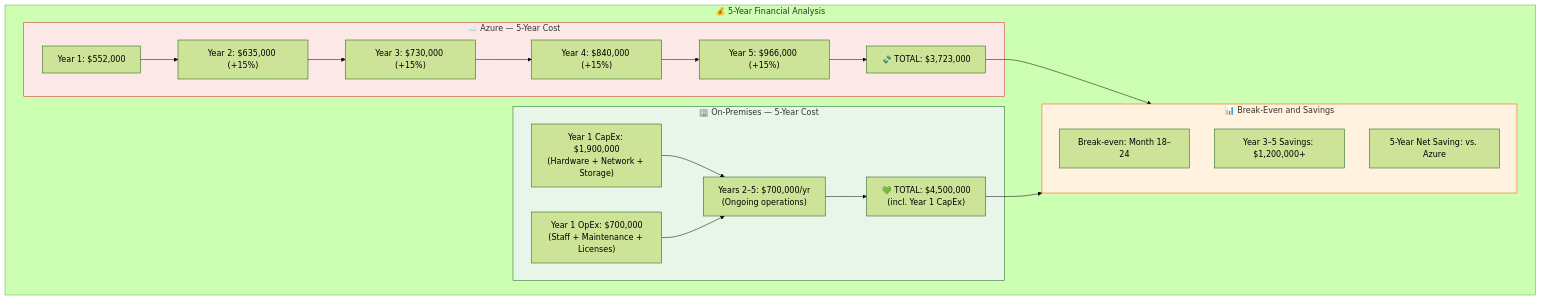
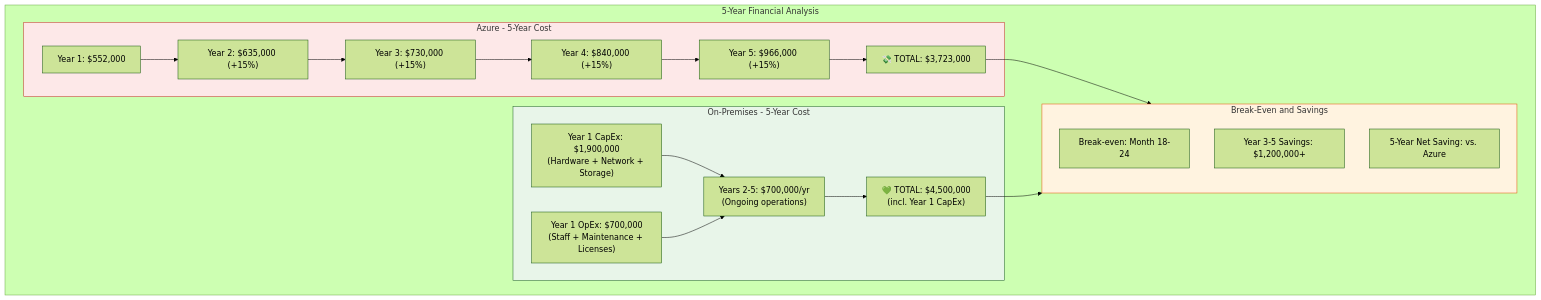
The first of 4 diagrams in docs/Presentation/01-Executive-Presentation.md (Shasi19/Azure-VxRail-VMware-Migration), drawn with Mermaid (forest theme) before and after one commit. The commit also changed other lines of this file and 7 other files, not shown here.

First line of the commit message:
Fix all remaining Mermaid render issues across all files

````diff
--- a/docs/Presentation/01-Executive-Presentation.md
+++ b/docs/Presentation/01-Executive-Presentation.md
@@ -31,32 +31,32 @@
 ```mermaid
 graph TB
-    subgraph FINANCIAL["💰 5-Year Financial Analysis"]
-        subgraph AZURE_5["☁️ Azure — 5-Year Cost"]
+    subgraph FINANCIAL["5-Year Financial Analysis"]
+        subgraph AZURE_5["Azure  -  5-Year Cost"]
             AY1["Year 1: $552,000"]
             AY2["Year 2: $635,000 (+15%)"]
             AY3["Year 3: $730,000 (+15%)"]
             AY4["Year 4: $840,000 (+15%)"]
             AY5["Year 5: $966,000 (+15%)"]
             ATOTAL["💸 TOTAL: $3,723,000"]
         end
-        subgraph ONPREM_5["🏢 On-Premises — 5-Year Cost"]
+        subgraph ONPREM_5["On-Premises  -  5-Year Cost"]
             OP_CAPEX["Year 1 CapEx: $1,900,000\n(Hardware + Network + Storage)"]
             OP_Y1["Year 1 OpEx: $700,000\n(Staff + Maintenance + Licenses)"]
-            OP_Y2_5["Years 2–5: $700,000/yr\n(Ongoing operations)"]
+            OP_Y2_5["Years 2-5: $700,000/yr\n(Ongoing operations)"]
             OPTOTAL["💚 TOTAL: $4,500,000\n(incl. Year 1 CapEx)"]
         end
-        subgraph SAVINGS["📊 Break-Even and Savings"]
-            BE["Break-even: Month 18–24"]
-            SAV["Year 3–5 Savings: $1,200,000+"]
+        subgraph SAVINGS["Break-Even and Savings"]
+            BE["Break-even: Month 18-24"]
+            SAV["Year 3-5 Savings: $1,200,000+"]
             ROI["5-Year Net Saving: vs. Azure"]
         end
     end
 
     AY1 --> AY2 --> AY3 --> AY4 --> AY5 --> ATOTAL
     OP_CAPEX & OP_Y1 --> OP_Y2_5 --> OPTOTAL
     ATOTAL & OPTOTAL --> SAVINGS
 
     style AZURE_5 fill:#fde8e8,stroke:#c62828
     style ONPREM_5 fill:#e8f5e9,stroke:#1b5e20
     style SAVINGS fill:#fff3e0,stroke:#e65100
 ```
````
